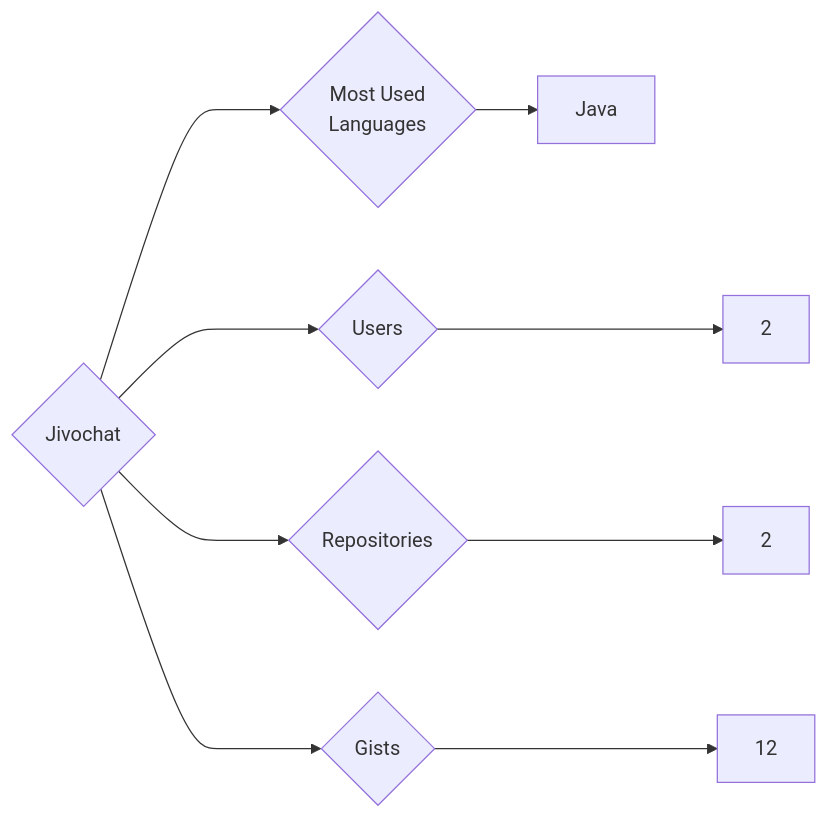
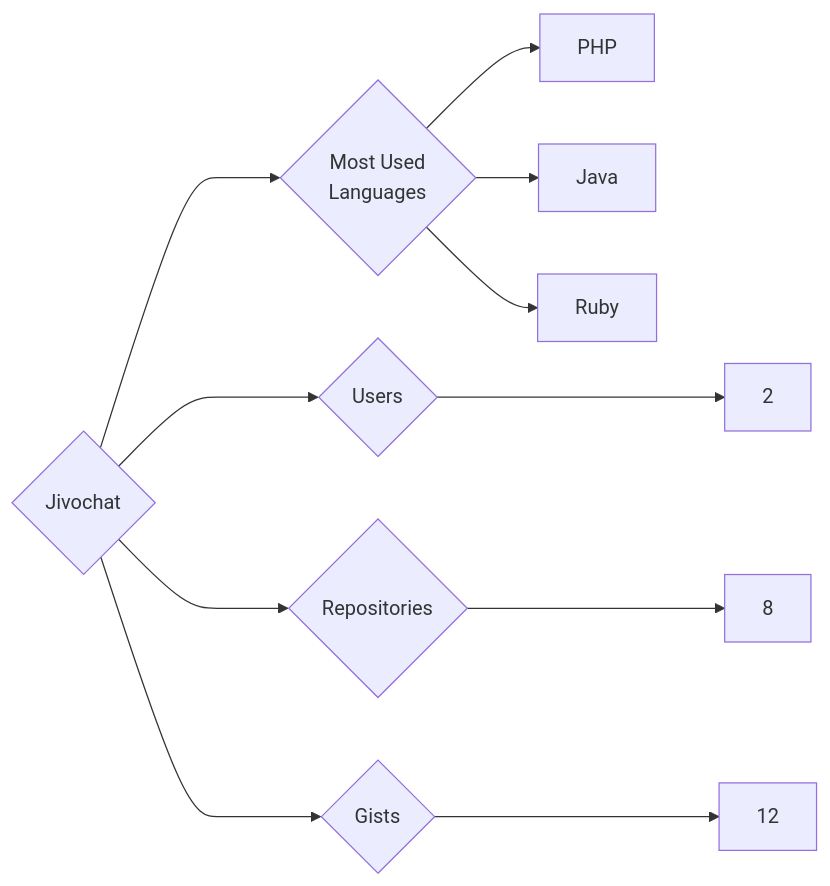
One commit to trickest/insiders changed the diagram in targets/Jivochat/README.md. Above: the diagram before and after it, drawn with Mermaid. The commit also changed 682 other files, not shown here.

````diff
--- a/targets/Jivochat/README.md
+++ b/targets/Jivochat/README.md
@@ -3,9 +3,11 @@
 ```mermaid
 graph LR
 COMPANY_NAME{Jivochat}
 COMPANY_NAME ---> U{Users} ---> UN[2]
-COMPANY_NAME ---> R{Repositories} ---> RN[2]
+COMPANY_NAME ---> R{Repositories} ---> RN[8]
 COMPANY_NAME ---> G{Gists} ---> GN[12]
 COMPANY_NAME ---> ML{Most Used<br>Languages}
+ML --> PHP[PHP]
 ML --> Java[Java]
+ML --> Ruby[Ruby]
 ```
````
